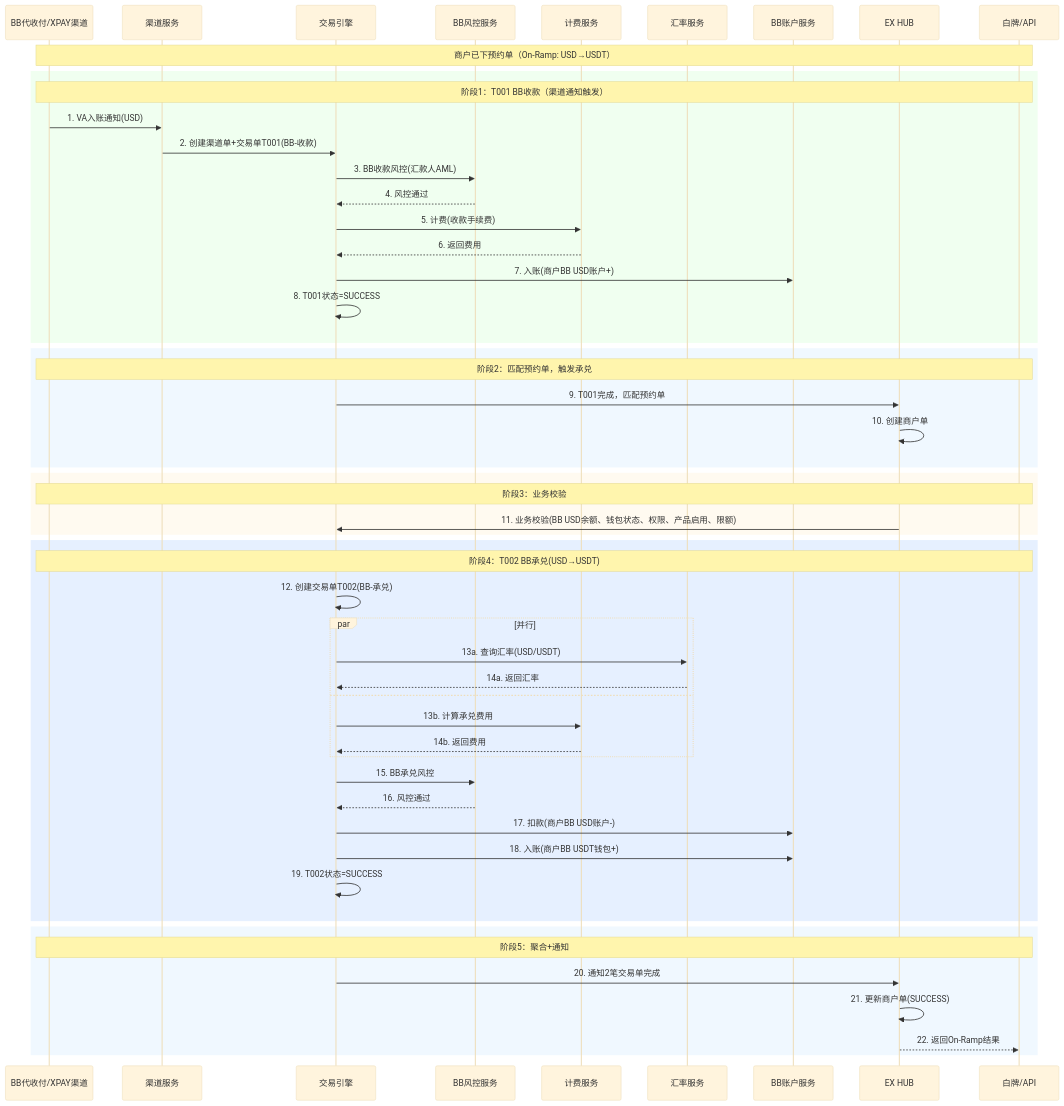
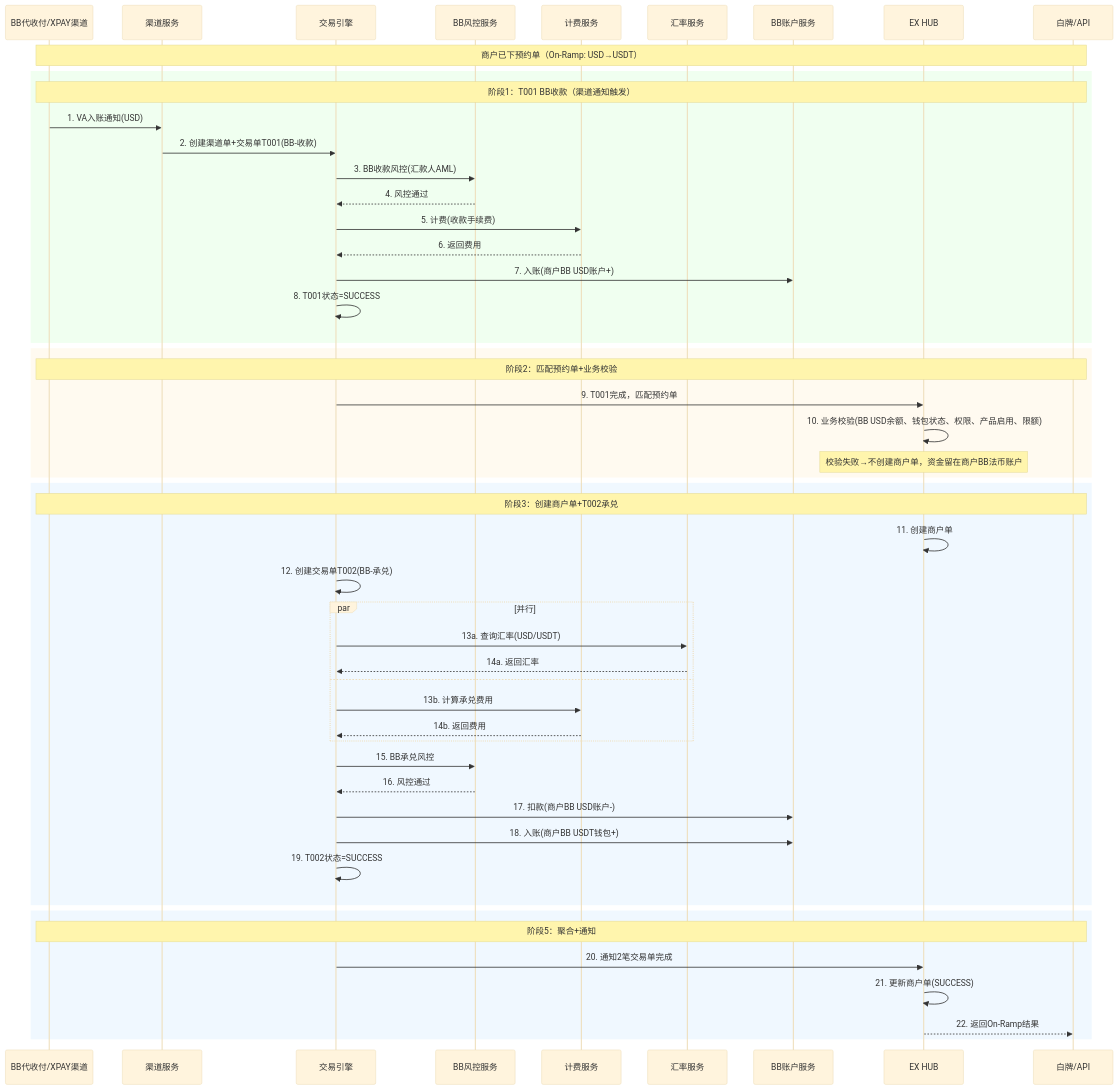
The fifth of 19 diagrams in onofframp/prd/onramp-complete.md (xiaoxiaoangie/EX-NEW), drawn with Mermaid (base theme) before and after one commit. The commit also changed other lines of this file and 10 other files, not shown here.

````diff
--- a/onofframp/prd/onramp-complete.md
+++ b/onofframp/prd/onramp-complete.md
@@ -564,61 +565,58 @@
 ```mermaid
 sequenceDiagram
     participant Channel as BB代收付/XPAY渠道
     participant CO as 渠道服务
     participant TE as 交易引擎
     participant Risk as BB风控服务
     participant Pricing as 计费服务
     participant FX as 汇率服务
     participant Account as BB账户服务
     participant HUB as EX HUB
     participant WP as 白牌/API
   
     Note over Channel,WP: 商户已下预约单（On-Ramp: USD→USDT）
   
     rect rgb(240, 255, 240)
         Note over Channel,WP: 阶段1：T001 BB收款（渠道通知触发）
         Channel->>CO: 1. VA入账通知(USD)
         CO->>TE: 2. 创建渠道单+交易单T001(BB-收款)
         TE->>Risk: 3. BB收款风控(汇款人AML)
         Risk-->>TE: 4. 风控通过
         TE->>Pricing: 5. 计费(收款手续费)
         Pricing-->>TE: 6. 返回费用
         TE->>Account: 7. 入账(商户BB USD账户+)
         TE->>TE: 8. T001状态=SUCCESS
     end
   
-    rect rgb(240, 248, 255)
-        Note over Channel,WP: 阶段2：匹配预约单，触发承兑
+    rect rgb(255, 250, 240)
+        Note over Channel,WP: 阶段2：匹配预约单+业务校验
         TE->>HUB: 9. T001完成，匹配预约单
-        HUB->>HUB: 10. 创建商户单
+        HUB->>HUB: 10. 业务校验(BB USD余额、钱包状态、权限、产品启用、限额)
+        Note over HUB: 校验失败→不创建商户单，资金留在商户BB法币账户
     end
   
-    rect rgb(255, 250, 240)
-        Note over Channel,WP: 阶段3：业务校验
-        HUB->>TE: 11. 业务校验(BB USD余额、钱包状态、权限、产品启用、限额)
-    end
-  
-    rect rgb(230, 240, 255)
-        Note over Channel,WP: 阶段4：T002 BB承兑(USD→USDT)
+    rect rgb(240, 248, 255)
+        Note over Channel,WP: 阶段3：创建商户单+T002承兑
+        HUB->>HUB: 11. 创建商户单
         TE->>TE: 12. 创建交易单T002(BB-承兑)
         par 并行
             TE->>FX: 13a. 查询汇率(USD/USDT)
             FX-->>TE: 14a. 返回汇率
         and
             TE->>Pricing: 13b. 计算承兑费用
             Pricing-->>TE: 14b. 返回费用
         end
         TE->>Risk: 15. BB承兑风控
         Risk-->>TE: 16. 风控通过
         TE->>Account: 17. 扣款(商户BB USD账户-)
         TE->>Account: 18. 入账(商户BB USDT钱包+)
         TE->>TE: 19. T002状态=SUCCESS
     end
   
     rect rgb(240, 248, 255)
         Note over Channel,WP: 阶段5：聚合+通知
         TE->>HUB: 20. 通知2笔交易单完成
         HUB->>HUB: 21. 更新商户单(SUCCESS)
         HUB-->>WP: 22. 返回On-Ramp结果
     end
 ```
````
